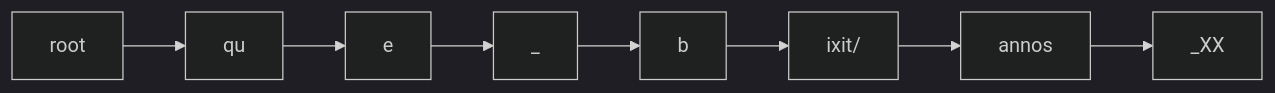
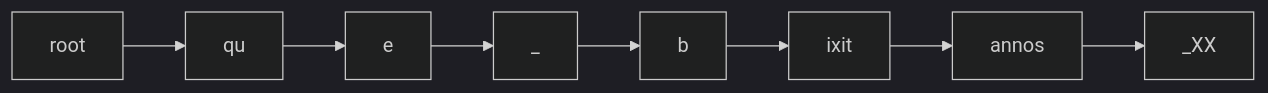
One commit to vedph/cadmus-migration-v2 changed the second of 4 diagrams in docs/add.md. Above: the diagram before and after it, drawn with Mermaid (dark theme). The commit also changed other lines of this file and 6 other files, not shown here.

````diff
--- a/docs/add.md
+++ b/docs/add.md
@@ -93,11 +97,11 @@
 ```mermaid
 graph LR;
 
 root --> 1[qu]
 1 --> 2[e]
 2 --> 3[_]
 3 --> 4[b]
-4 --> 5[ixit/]
+4 --> 5[ixit]
 5 --> 6[annos]
 6 --> 7[_XX]
 ```
````
